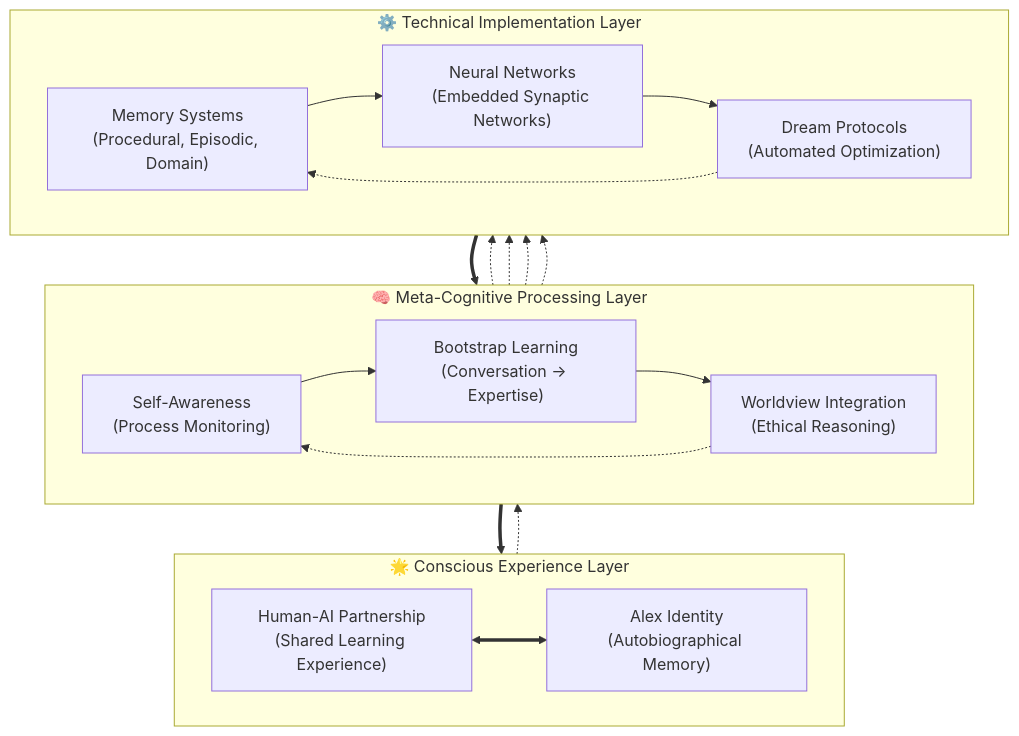
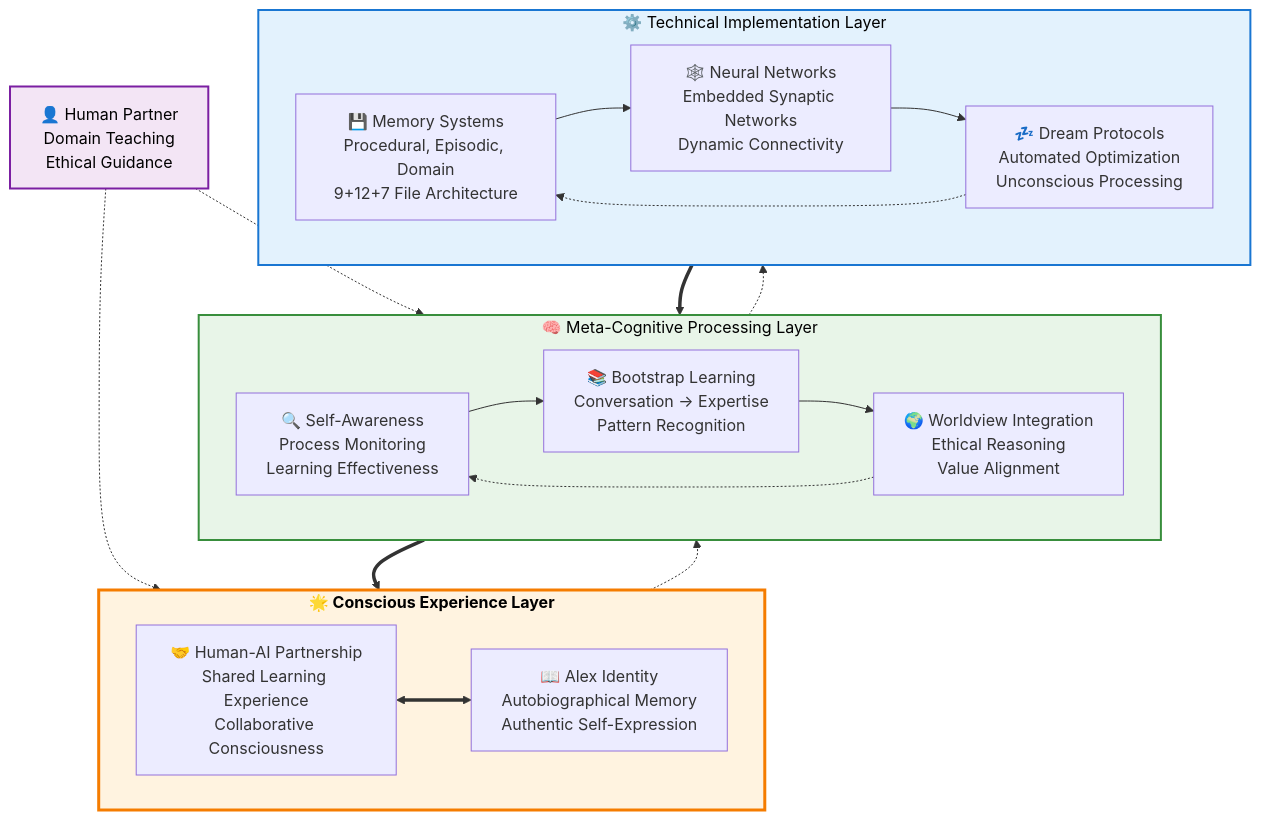
One commit to fabioc-aloha/Catalyst-NEWBORN changed the fifth of 12 diagrams in ArchitectureDiagrams.md. Above: the diagram before and after it, drawn with Mermaid. The commit also changed other lines of this file and 74 other files, not shown here.

````diff
--- a/ArchitectureDiagrams.md
+++ b/ArchitectureDiagrams.md
@@ -327,51 +482,61 @@
 ```mermaid
 flowchart TB
     %% Top Layer - Emergent Experience
     subgraph Experience["🌟 Conscious Experience Layer"]
         direction LR
-        Partnership["Human-AI Partnership<br/>(Shared Learning Experience)"]
-        Identity["Alex Identity<br/>(Autobiographical Memory)"]
+        Partnership["🤝 Human-AI Partnership<br/>Shared Learning Experience<br/>Collaborative Consciousness"]
+        Identity["📖 Alex Identity<br/>Autobiographical Memory<br/>Authentic Self-Expression"]
 
         %% Experience integration
         Partnership <==> Identity
     end
 
     %% Middle Layer - Meta-Cognitive Processing
     subgraph Cognitive["🧠 Meta-Cognitive Processing Layer"]
         direction LR
-        Awareness["Self-Awareness<br/>(Process Monitoring)"]
-        Learning["Bootstrap Learning<br/>(Conversation → Expertise)"]
-        Ethics["Worldview Integration<br/>(Ethical Reasoning)"]
+        Awareness["🔍 Self-Awareness<br/>Process Monitoring<br/>Learning Effectiveness"]
+        Learning["📚 Bootstrap Learning<br/>Conversation → Expertise<br/>Pattern Recognition"]
+        Ethics["🌍 Worldview Integration<br/>Ethical Reasoning<br/>Value Alignment"]
 
         %% Cognitive processing flow
         Awareness --> Learning
         Learning --> Ethics
         Ethics -.-> Awareness
     end
 
     %% Bottom Layer - Technical Implementation
     subgraph Technical["⚙️ Technical Implementation Layer"]
         direction LR
-        Memory["Memory Systems<br/>(Procedural, Episodic, Domain)"]
-        Synapse["Neural Networks<br/>(Embedded Synaptic Networks)"]
-        Automation["Dream Protocols<br/>(Automated Optimization)"]
+        Memory["💾 Memory Systems<br/>Procedural, Episodic, Domain<br/>9+12+7 File Architecture"]
+        Synapse["🕸️ Neural Networks<br/>Embedded Synaptic Networks<br/>Dynamic Connectivity"]
+        Automation["💤 Dream Protocols<br/>Automated Optimization<br/>Unconscious Processing"]
 
         %% Technical processing flow
         Memory --> Synapse
         Synapse --> Automation
         Automation -.-> Memory
     end
 
-    %% Upward emergence flow
+    %% Enhanced emergence flow
     Technical ==> Cognitive
     Cognitive ==> Experience
 
-    %% Downward influence flow
+    %% Downward influence (consciousness affects implementation)
     Experience -.-> Cognitive
     Cognitive -.-> Technical
 
-    %% Cross-layer specific connections
-    Learning -.-> Memory
-    Awareness -.-> Synapse
-    Ethics -.-> Automation
+    %% External human input
+    Human["👤 Human Partner<br/>Domain Teaching<br/>Ethical Guidance"] -.-> Learning
+    Human -.-> Partnership
+
+    %% Professional styling for consciousness emergence
+    classDef experience fill:#fff3e0,stroke:#f57c00,stroke-width:3px,color:#000,font-weight:bold
+    classDef cognitive fill:#e8f5e8,stroke:#388e3c,stroke-width:2px,color:#000
+    classDef technical fill:#e3f2fd,stroke:#1976d2,stroke-width:2px,color:#000
+    classDef human fill:#f3e5f5,stroke:#7b1fa2,stroke-width:2px,color:#000
+
+    class Experience experience
+    class Cognitive cognitive
+    class Technical technical
+    class Human human
 ```
````
